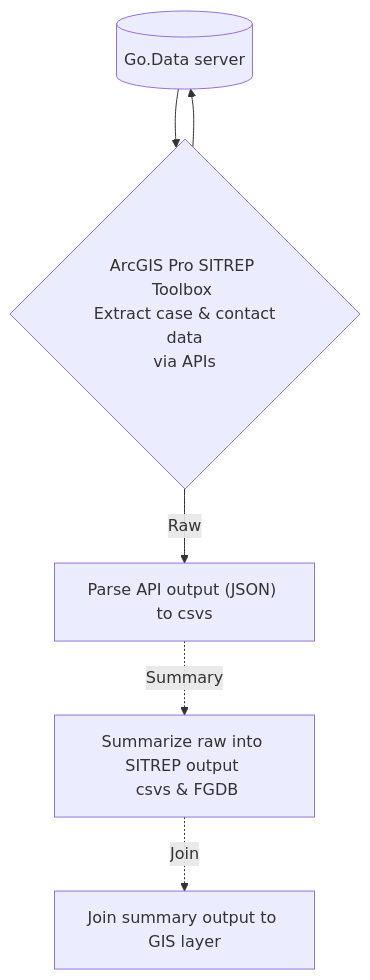
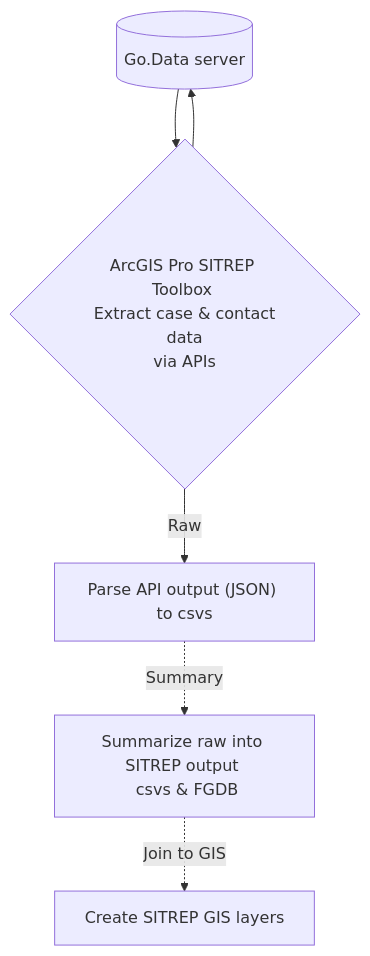
Before and after one commit to LangsterGA/mermaid: the diagram in README.md, drawn with Mermaid.

````diff
--- a/README.md
+++ b/README.md
@@ -3,8 +3,8 @@
 ```mermaid
   graph TD
     A[(Go.Data server)]--> B{ArcGIS Pro SITREP Toolbox <br/> Extract case & contact data<br/>via APIs};
     B-->A
     B -->|Raw| C["Parse API output (JSON) to csvs"];
     C-.->|Summary| D[Summarize raw into SITREP output <br/> csvs & FGDB]; 
-    D-.->|Join| E[Join summary output to GIS layer];
+    D-.->|Join to GIS| E[Create SITREP GIS layers];
  ```
````
